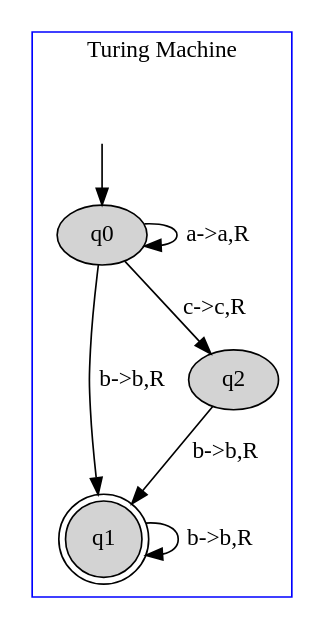
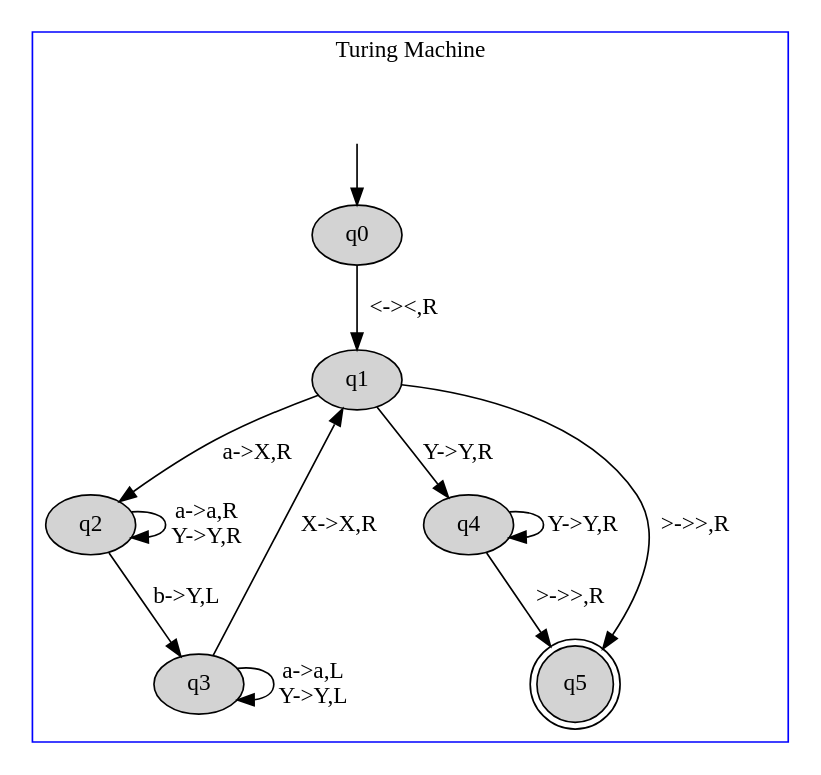
Before and after one commit to danielScLima/turing_machine: the diagram in TM/images/file.dot, drawn with Graphviz. The commit also changed 15 other files, not shown here.

```diff
--- a/TM/images/file.dot
+++ b/TM/images/file.dot
@@ -1,17 +1,27 @@
 digraph G {
 	subgraph cluster_1 {
 		node [style=filled];
 		label = "Turing Machine"
 		color=blue;
 
 		q0;
-		q1 [shape="doublecircle"];
+		q1;
 		q2;
-		q0->q0[label="a->a,R"];
-		q0->q1[label="b->b,R"];
-		q0->q2[label="c->c,R"];
-		q1->q1[label="b->b,R"];
-		q2->q1[label="b->b,R"];
+		q3;
+		q4;
+		q5 [shape="doublecircle"];
+		q0->q1[label="<-><,R"];
+		q1->q2[label="a->X,R"];
+		q1->q4[label="Y->Y,R"];
+		q1->q5[label=">->>,R"];
+		q2->q2[label="a->a,R
+Y->Y,R"];
+		q2->q3[label="b->Y,L"];
+		q3->q1[label="X->X,R"];
+		q3->q3[label="a->a,L
+Y->Y,L"];
+		q4->q4[label="Y->Y,R"];
+		q4->q5[label=">->>,R"];
 x [color=white, label=""];		x->q0	}
 
 }
```
